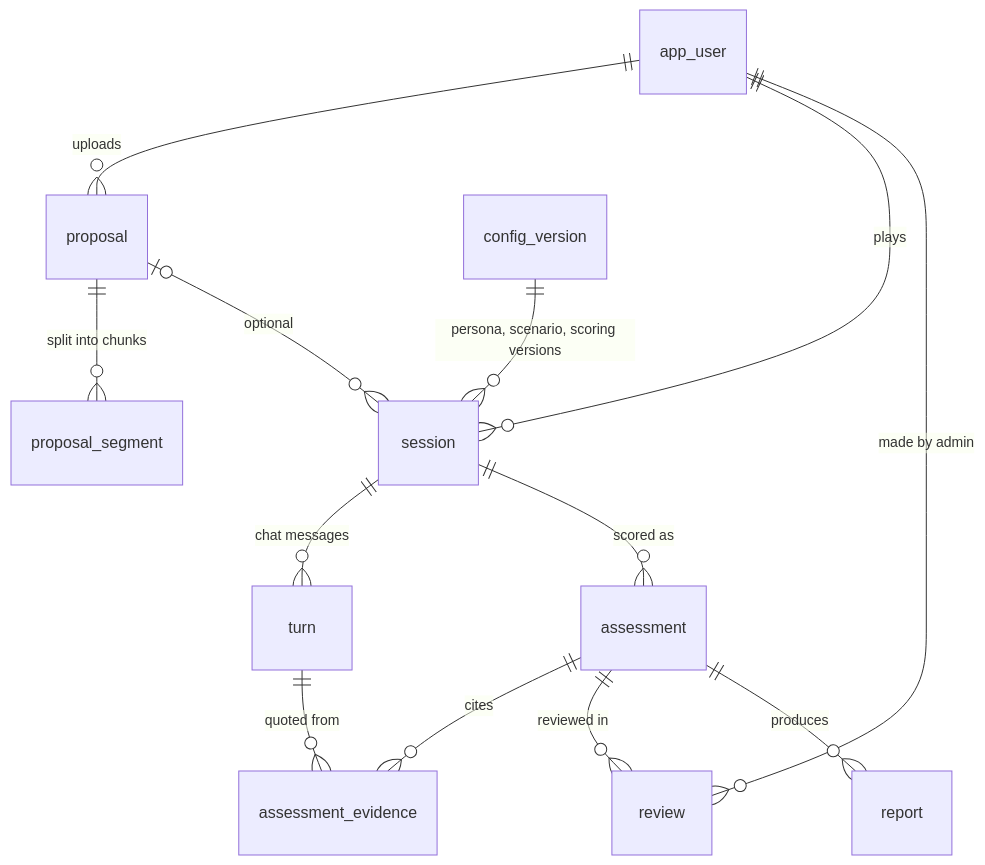
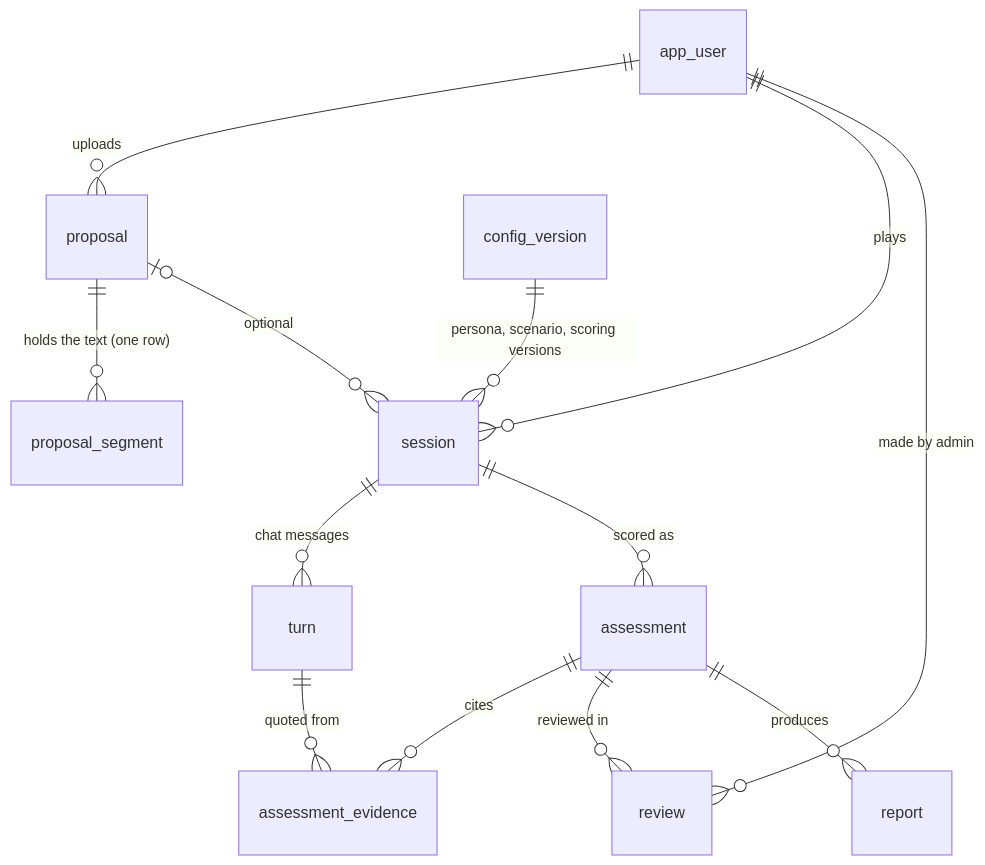
Before and after one commit to USTDevGama/Smart_Ops_Pod3: the diagram in docs/data-model.md, drawn with Mermaid. The commit also changed other lines of this file and 31 other files, not shown here.

````diff
--- a/docs/data-model.md
+++ b/docs/data-model.md
@@ -12,15 +12,15 @@
 ```mermaid
 erDiagram
   app_user ||--o{ proposal : uploads
   app_user ||--o{ session : plays
   config_version ||--o{ session : "persona, scenario, scoring versions"
-  proposal ||--o{ proposal_segment : "split into chunks"
+  proposal ||--o{ proposal_segment : "holds the text (one row)"
   proposal |o--o{ session : "optional"
   session ||--o{ turn : "chat messages"
   session ||--o{ assessment : "scored as"
   assessment ||--o{ assessment_evidence : "cites"
   turn ||--o{ assessment_evidence : "quoted from"
   assessment ||--o{ review : "reviewed in"
   app_user ||--o{ review : "made by admin"
   assessment ||--o{ report : "produces"
 ```
````
